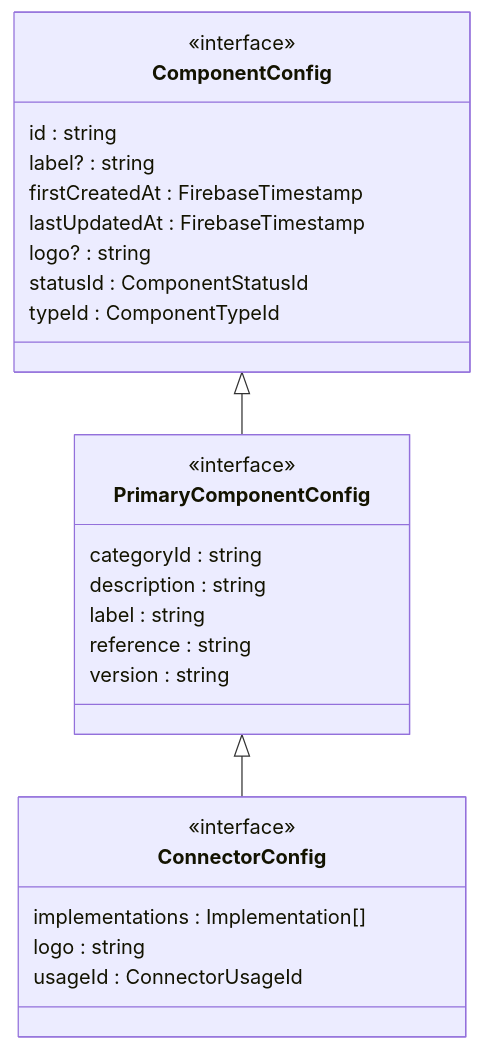
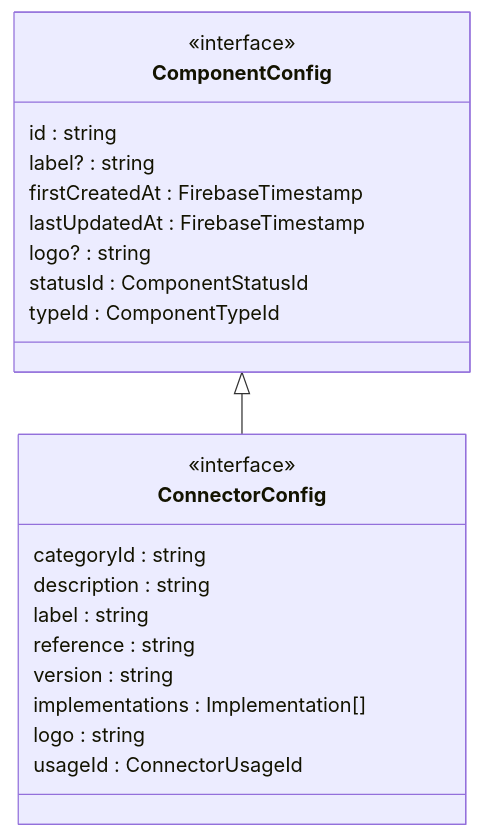
Before and after one commit to data-positioning/datapos-shared: the second of 9 diagrams in README.md, drawn with Mermaid. The commit also changed other lines of this file and 1 other file, not shown here.

Commit message:
Release v0.0.46

````diff
--- a/README.md
+++ b/README.md
@@ -64,35 +58,29 @@
 ```mermaid
 classDiagram
     direction TB
 
     class ComponentConfig {
         <<interface>>
         id :  string
         label? :  string
         firstCreatedAt :  FirebaseTimestamp
         lastUpdatedAt :  FirebaseTimestamp
         logo? :  string
         statusId :  ComponentStatusId
         typeId :  ComponentTypeId
     }
 
-    ComponentConfig <|-- PrimaryComponentConfig
+    ComponentConfig <|-- ConnectorConfig
 
-    class PrimaryComponentConfig {
+    class ConnectorConfig {
         <<interface>>
         categoryId :  string
         description :  string
         label :  string
         reference :  string
         version :  string
-    }
-
-    PrimaryComponentConfig <|-- ConnectorConfig
-
-    class ConnectorConfig {
-        <<interface>>
         implementations :  Implementation[]
         logo :  string
         usageId :  ConnectorUsageId
     }
 ```
````
